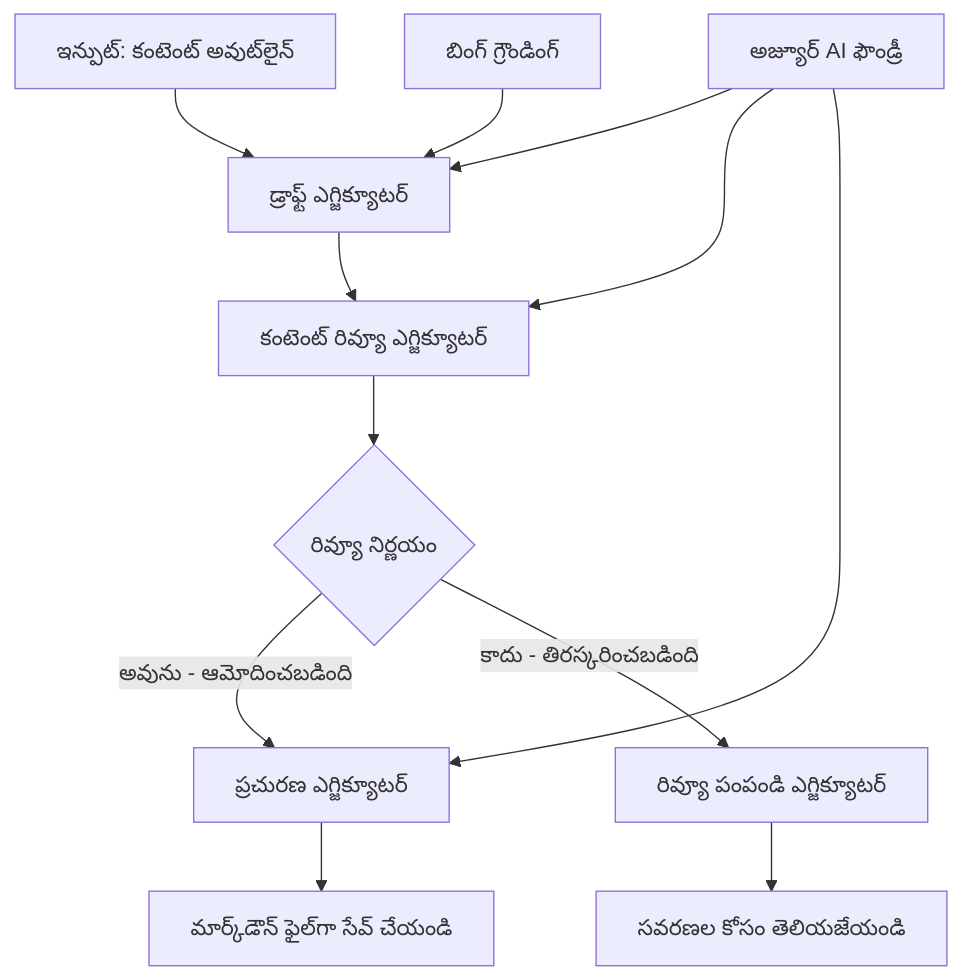
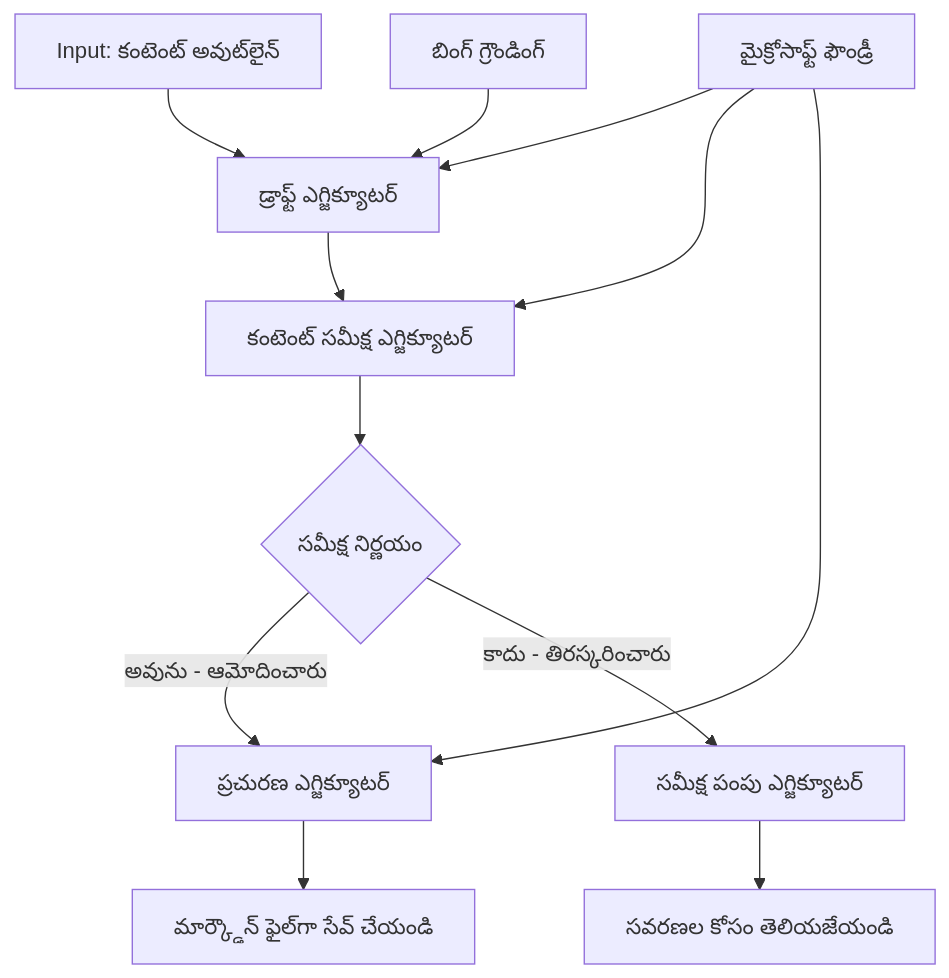
Before and after one commit to venturemavenwill/azureaifundamentals: the diagram in translations/te/08-multi-agent/code_samples/workflows-agent-framework/dotNET/04.dotnet-agent-framework-workflow-aifoundry-condition.md, drawn with Mermaid. The commit also changed other lines of this file and 4861 other files, not shown here.

````diff
--- a/translations/te/08-multi-agent/code_samples/workflows-agent-framework/dotNET/04.dotnet-agent-framework-workflow-aifoundry-condition.md
+++ b/translations/te/08-multi-agent/code_samples/workflows-agent-framework/dotNET/04.dotnet-agent-framework-workflow-aifoundry-condition.md
@@ -78,18 +78,18 @@
 ```mermaid
 graph TD
-    A[ఇన్పుట్: కంటెంట్ అవుట్‌లైన్] --> B[డ్రాఫ్ట్ ఎగ్జిక్యూటర్]
-    B --> C[కంటెంట్ రివ్యూ ఎగ్జిక్యూటర్]
-    C --> D{రివ్యూ నిర్ణయం}
+    A[Input: కంటెంట్ అవుట్‌లైన్] --> B[డ్రాఫ్ట్ ఎగ్జిక్యూటర్]
+    B --> C[కంటెంట్ సమీక్ష ఎగ్జిక్యూటర్]
+    C --> D{సమీక్ష నిర్ణయం}
     
-    D -->|అవును - ఆమోదించబడింది| E[ప్రచురణ ఎగ్జిక్యూటర్]
-    D -->|కాదు - తిరస్కరించబడింది| F[రివ్యూ పంపండి ఎగ్జిక్యూటర్]
+    D -->|అవును - ఆమోదించారు| E[ప్రచురణ ఎగ్జిక్యూటర్]
+    D -->|కాదు - తిరస్కరించారు| F[సమీక్ష పంపు ఎగ్జిక్యూటర్]
     
-    E --> G[మార్క్‌డౌన్ ఫైల్‌గా సేవ్ చేయండి]
+    E --> G[మార్క్డౌన్ ఫైల్‌గా సేవ్ చేయండి]
     F --> H[సవరణల కోసం తెలియజేయండి]
     
-    I[అజ్యూర్ AI ఫౌండ్రీ] --> B
+    I[మైక్రోసాఫ్ట్ ఫౌండ్రీ] --> B
     I --> C
     I --> E
     
     J[బింగ్ గ్రౌండింగ్] --> B
 ```
````
